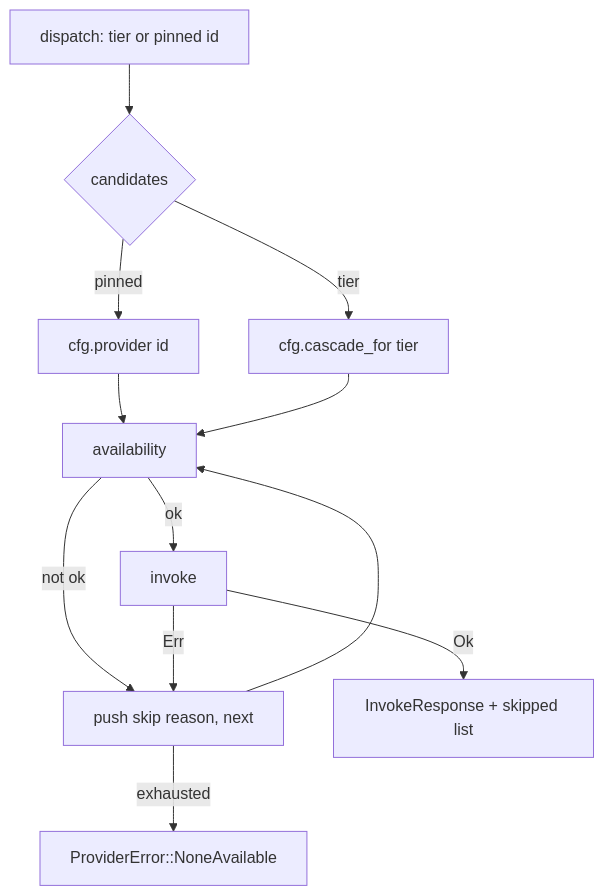
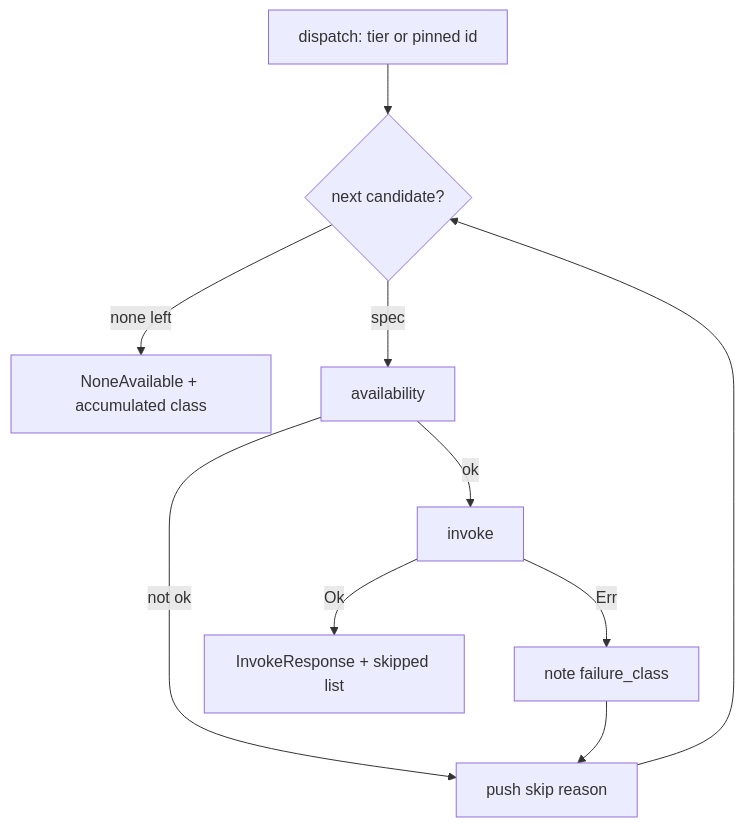
The diagram in wiki/provider-integration.md (bitphill/loopsmith), drawn with Mermaid before and after one commit. The commit also changed other lines of this file and 30 other files, not shown here.

````diff
--- a/wiki/provider-integration.md
+++ b/wiki/provider-integration.md
@@ -30,14 +41,10 @@
 ```mermaid
 flowchart TD
-    A[dispatch: tier or pinned id] --> B{candidates}
-    B -->|pinned| C[cfg.provider id]
-    B -->|tier| D[cfg.cascade_for tier]
-    C --> E[availability]
-    D --> E
-    E -->|not ok| F[push skip reason, next]
-    E -->|ok| G[invoke]
-    G -->|Err| F
-    G -->|Ok| H[InvokeResponse + skipped list]
-    F --> E
-    F -->|exhausted| I[ProviderError::NoneAvailable]
+    D[dispatch: tier or pinned id] --> C{next candidate?}
+    C -->|none left| N[NoneAvailable + accumulated class]
+    C -->|spec| A[availability]
+    A -->|not ok| S[push skip reason] --> C
+    A -->|ok| I[invoke]
+    I -->|Ok| R[InvokeResponse + skipped list]
+    I -->|Err| F[note failure_class] --> S
 ```
````
